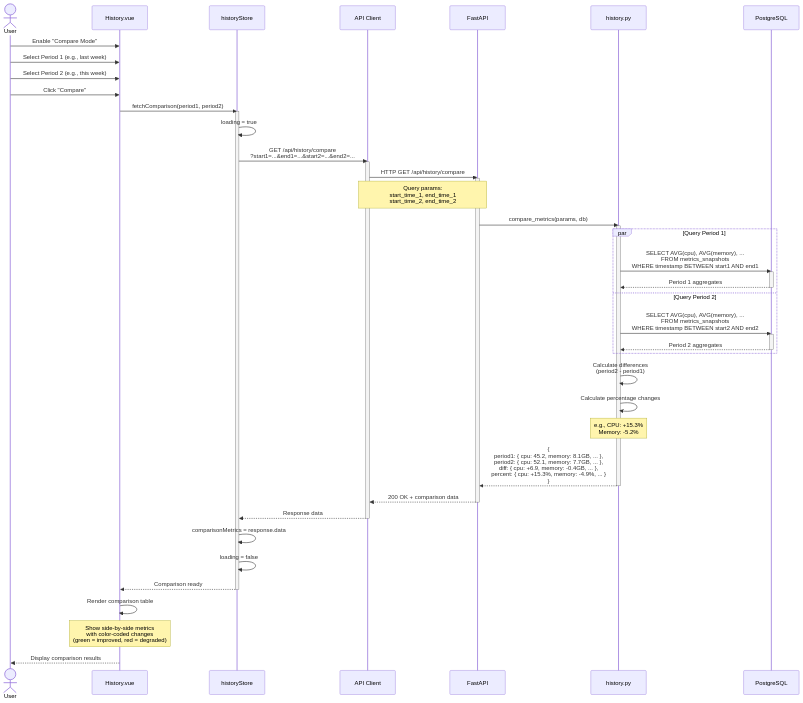
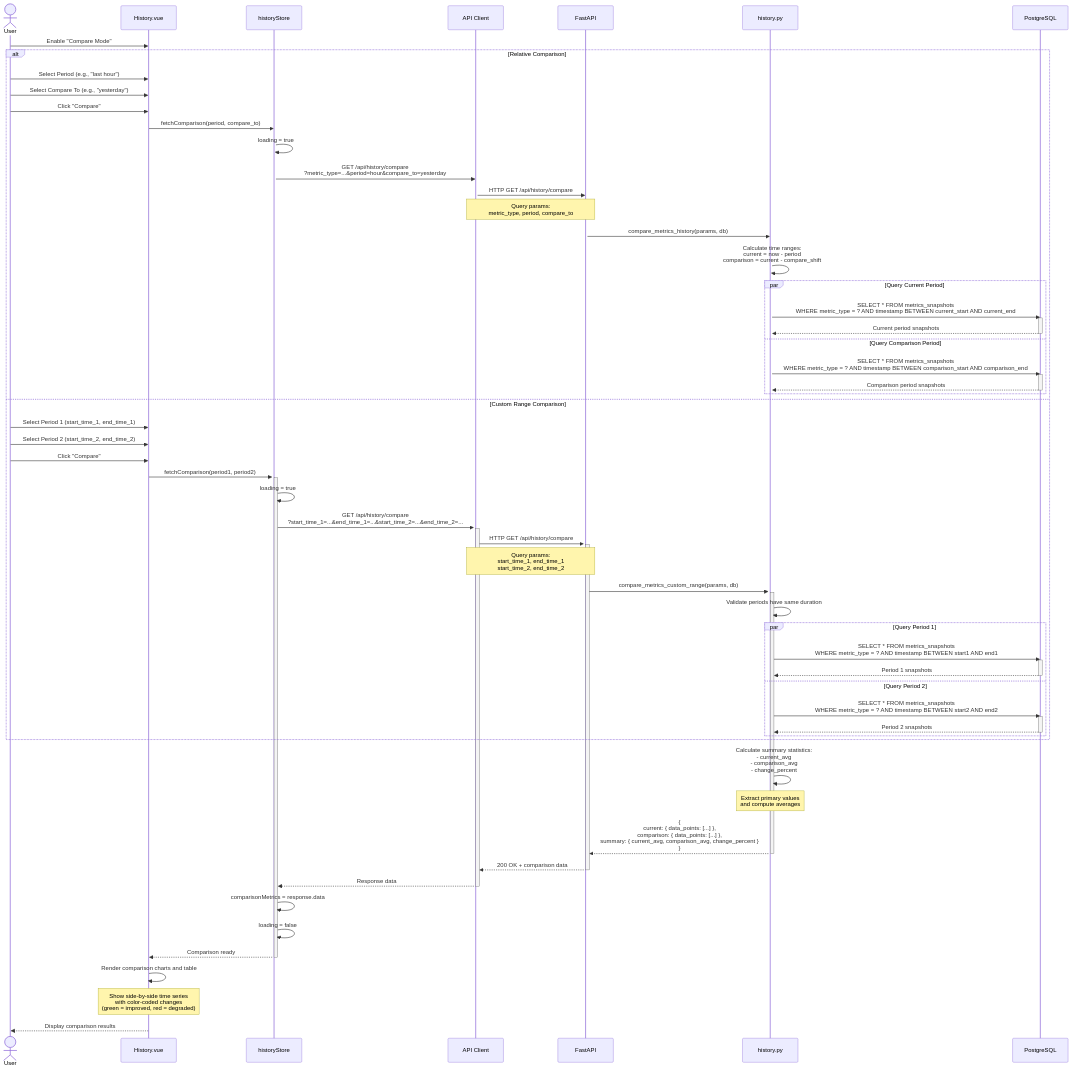
One commit to zhyndalf/perfwatch changed the second of 2 diagrams in docs/diagrams/developers/sequences/historical-query.md. Above: the diagram before and after it, drawn with Mermaid. The commit also changed 16 other files, not shown here.

First line of the commit message:
Update documentation for history comparison API dual-mode support

````diff
--- a/docs/diagrams/developers/sequences/historical-query.md
+++ b/docs/diagrams/developers/sequences/historical-query.md
@@ -98,41 +98,78 @@
     participant DB as PostgreSQL
 
     User->>HistoryVue: Enable "Compare Mode"
-    User->>HistoryVue: Select Period 1 (e.g., last week)
-    User->>HistoryVue: Select Period 2 (e.g., this week)
-    User->>HistoryVue: Click "Compare"
 
-    HistoryVue->>HistoryStore: fetchComparison(period1, period2)
-    activate HistoryStore
+    alt Relative Comparison
+        User->>HistoryVue: Select Period (e.g., "last hour")
+        User->>HistoryVue: Select Compare To (e.g., "yesterday")
+        User->>HistoryVue: Click "Compare"
 
-    HistoryStore->>HistoryStore: loading = true
-    HistoryStore->>APIClient: GET /api/history/compare<br/>?start1=...&end1=...&start2=...&end2=...
-    activate APIClient
+        HistoryVue->>HistoryStore: fetchComparison(period, compare_to)
+        activate HistoryStore
 
-    APIClient->>Backend: HTTP GET /api/history/compare
-    activate Backend
-    Note over APIClient,Backend: Query params:<br/>start_time_1, end_time_1<br/>start_time_2, end_time_2
+        HistoryStore->>HistoryStore: loading = true
+        HistoryStore->>APIClient: GET /api/history/compare<br/>?metric_type=...&period=hour&compare_to=yesterday
+        activate APIClient
 
-    Backend->>HistoryAPI: compare_metrics(params, db)
-    activate HistoryAPI
+        APIClient->>Backend: HTTP GET /api/history/compare
+        activate Backend
+        Note over APIClient,Backend: Query params:<br/>metric_type, period, compare_to
 
-    par Query Period 1
-        HistoryAPI->>DB: SELECT AVG(cpu), AVG(memory), ...<br/>FROM metrics_snapshots<br/>WHERE timestamp BETWEEN start1 AND end1
-        activate DB
-        DB-->>HistoryAPI: Period 1 aggregates
-        deactivate DB
-    and Query Period 2
-        HistoryAPI->>DB: SELECT AVG(cpu), AVG(memory), ...<br/>FROM metrics_snapshots<br/>WHERE timestamp BETWEEN start2 AND end2
-        activate DB
-        DB-->>HistoryAPI: Period 2 aggregates
-        deactivate DB
+        Backend->>HistoryAPI: compare_metrics_history(params, db)
+        activate HistoryAPI
+
+        HistoryAPI->>HistoryAPI: Calculate time ranges:<br/>current = now - period<br/>comparison = current - compare_shift
+
+        par Query Current Period
+            HistoryAPI->>DB: SELECT * FROM metrics_snapshots<br/>WHERE metric_type = ? AND timestamp BETWEEN current_start AND current_end
+            activate DB
+            DB-->>HistoryAPI: Current period snapshots
+            deactivate DB
+        and Query Comparison Period
+            HistoryAPI->>DB: SELECT * FROM metrics_snapshots<br/>WHERE metric_type = ? AND timestamp BETWEEN comparison_start AND comparison_end
+            activate DB
+            DB-->>HistoryAPI: Comparison period snapshots
+            deactivate DB
+        end
+
+    else Custom Range Comparison
+        User->>HistoryVue: Select Period 1 (start_time_1, end_time_1)
+        User->>HistoryVue: Select Period 2 (start_time_2, end_time_2)
+        User->>HistoryVue: Click "Compare"
+
+        HistoryVue->>HistoryStore: fetchComparison(period1, period2)
+        activate HistoryStore
+
+        HistoryStore->>HistoryStore: loading = true
+        HistoryStore->>APIClient: GET /api/history/compare<br/>?start_time_1=...&end_time_1=...&start_time_2=...&end_time_2=...
+        activate APIClient
+
+        APIClient->>Backend: HTTP GET /api/history/compare
+        activate Backend
+        Note over APIClient,Backend: Query params:<br/>start_time_1, end_time_1<br/>start_time_2, end_time_2
+
+        Backend->>HistoryAPI: compare_metrics_custom_range(params, db)
+        activate HistoryAPI
+
+        HistoryAPI->>HistoryAPI: Validate periods have same duration
+
+        par Query Period 1
+            HistoryAPI->>DB: SELECT * FROM metrics_snapshots<br/>WHERE metric_type = ? AND timestamp BETWEEN start1 AND end1
+            activate DB
+            DB-->>HistoryAPI: Period 1 snapshots
+            deactivate DB
+        and Query Period 2
+            HistoryAPI->>DB: SELECT * FROM metrics_snapshots<br/>WHERE metric_type = ? AND timestamp BETWEEN start2 AND end2
+            activate DB
+            DB-->>HistoryAPI: Period 2 snapshots
+            deactivate DB
+        end
     end
 
-    HistoryAPI->>HistoryAPI: Calculate differences<br/>(period2 - period1)
-    HistoryAPI->>HistoryAPI: Calculate percentage changes
-    Note over HistoryAPI: e.g., CPU: +15.3%<br/>Memory: -5.2%
+    HistoryAPI->>HistoryAPI: Calculate summary statistics:<br/>- current_avg<br/>- comparison_avg<br/>- change_percent
+    Note over HistoryAPI: Extract primary values<br/>and compute averages
 
-    HistoryAPI-->>Backend: {<br/>  period1: { cpu: 45.2, memory: 8.1GB, ... },<br/>  period2: { cpu: 52.1, memory: 7.7GB, ... },<br/>  diff: { cpu: +6.9, memory: -0.4GB, ... },<br/>  percent: { cpu: +15.3%, memory: -4.9%, ... }<br/>}
+    HistoryAPI-->>Backend: {<br/>  current: { data_points: [...] },<br/>  comparison: { data_points: [...] },<br/>  summary: { current_avg, comparison_avg, change_percent }<br/>}
     deactivate HistoryAPI
 
     Backend-->>APIClient: 200 OK + comparison data
@@ -147,8 +184,8 @@
 
     deactivate HistoryStore
 
-    HistoryVue->>HistoryVue: Render comparison table
-    Note over HistoryVue: Show side-by-side metrics<br/>with color-coded changes<br/>(green = improved, red = degraded)
+    HistoryVue->>HistoryVue: Render comparison charts and table
+    Note over HistoryVue: Show side-by-side time series<br/>with color-coded changes<br/>(green = improved, red = degraded)
 
     HistoryVue-->>User: Display comparison results
 ```
````
